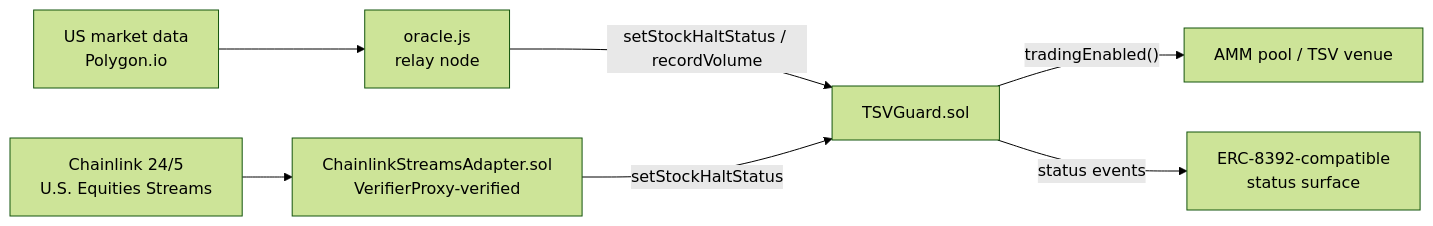
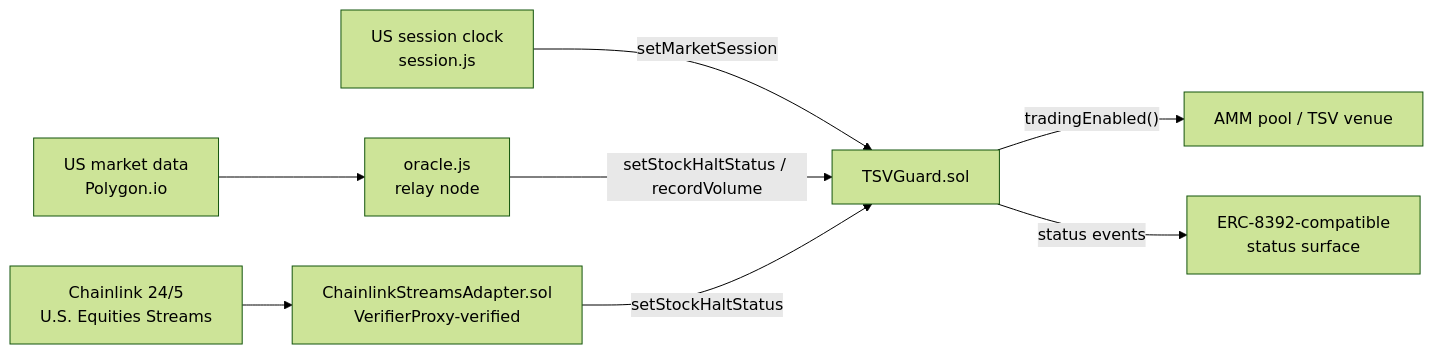
The diagram in README.md (themis-labs/tsv-aegis), drawn with Mermaid (forest theme) before and after one commit. The commit also changed other lines of this file and 5 other files, not shown here.

Commit message:
add venue session reporting on the ERC-8392 surface via a session-clock relay

````diff
--- a/README.md
+++ b/README.md
@@ -44,9 +44,10 @@
 ```mermaid
 flowchart LR
     A["US market data<br/>Polygon.io"] --> B["oracle.js<br/>relay node"]
     F["Chainlink 24/5<br/>U.S. Equities Streams"] --> G["ChainlinkStreamsAdapter.sol<br/>VerifierProxy-verified"]
+    H["US session clock<br/>session.js"] -->|"setMarketSession"| C
     B -->|"setStockHaltStatus / recordVolume"| C["TSVGuard.sol"]
     G -->|"setStockHaltStatus"| C
     C -->|"tradingEnabled()"| D["AMM pool / TSV venue"]
     C -->|"status events"| E["ERC-8392-compatible<br/>status surface"]
 ```
````
